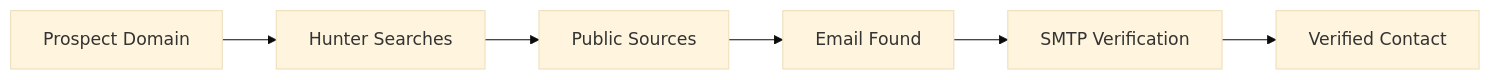
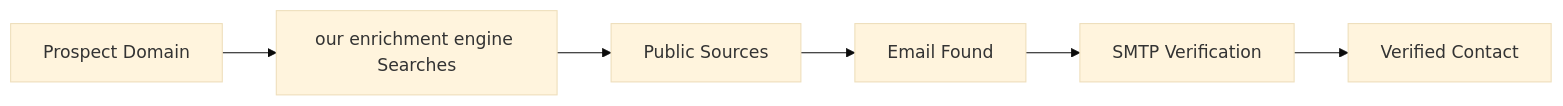
Before and after one commit to cadmarlow/mintlify-docs: the diagram in sales-automation/enrichment.mdx, drawn with Mermaid (base theme). The commit also changed other lines of this file and 20 other files, not shown here.

````diff
--- a/sales-automation/enrichment.mdx
+++ b/sales-automation/enrichment.mdx
@@ -27,8 +27,8 @@
 ```mermaid
 graph LR
-    A[Prospect Domain] --> B[Hunter Searches]
+    A[Prospect Domain] --> B[our enrichment engine Searches]
     B --> C[Public Sources]
     C --> D[Email Found]
     D --> E[SMTP Verification]
     E --> F[Verified Contact]
 ```
````
